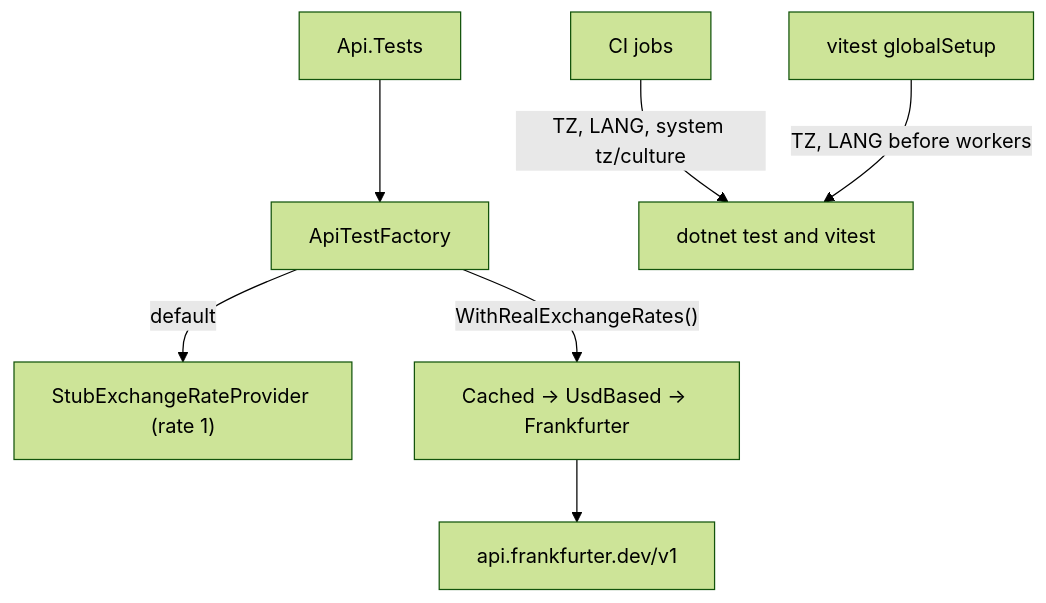
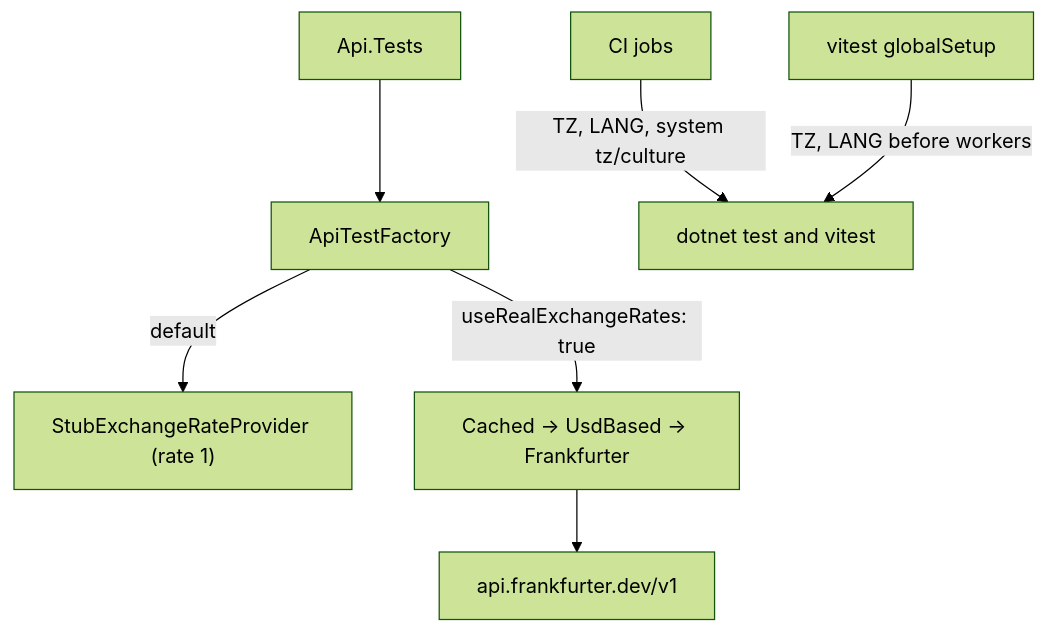
One commit to ggibellato/Financial changed the diagram in docs/prd/P58-prd-test-quality-and-ci-gates/features/P58-F01-deterministic-test-infrastructure/spec.md. Above: the diagram before and after it, drawn with Mermaid (forest theme). The commit also changed other lines of this file and 2 other files, not shown here.

First line of the commit message:
refactor(P58-F01): pass the real-rates flag through the factory constructor

````diff
--- a/docs/prd/P58-prd-test-quality-and-ci-gates/features/P58-F01-deterministic-test-infrastructure/spec.md
+++ b/docs/prd/P58-prd-test-quality-and-ci-gates/features/P58-F01-deterministic-test-infrastructure/spec.md
@@ -58,9 +58,9 @@
 ```mermaid
 graph TD
     A["Api.Tests"] --> B["ApiTestFactory"]
     B -->|default| C["StubExchangeRateProvider (rate 1)"]
-    B -->|"WithRealExchangeRates()"| D["Cached -> UsdBased -> Frankfurter"]
+    B -->|"useRealExchangeRates: true"| D["Cached -> UsdBased -> Frankfurter"]
     D --> E["api.frankfurter.dev/v1"]
     F["CI jobs"] -->|"TZ, LANG, system tz/culture"| G["dotnet test and vitest"]
     H["vitest globalSetup"] -->|"TZ, LANG before workers"| G
 ```
````
